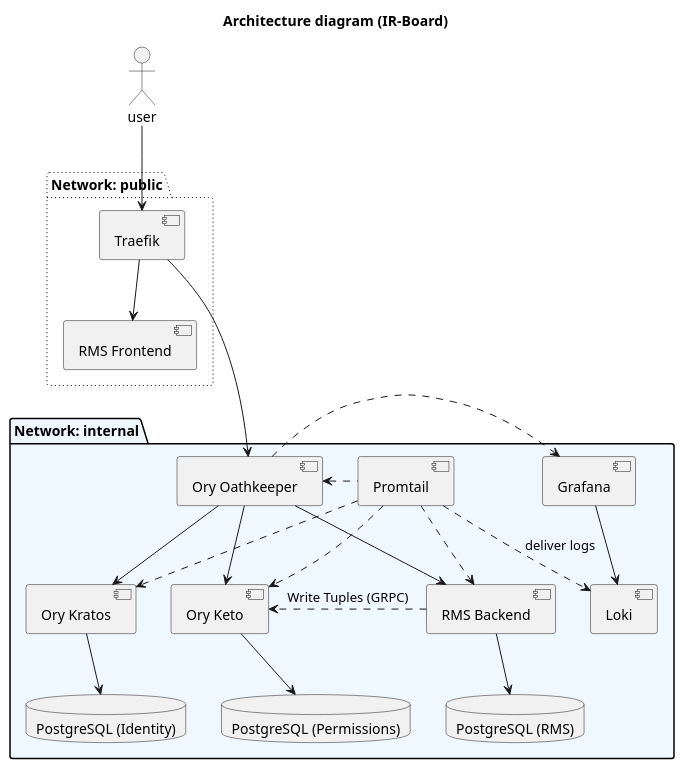
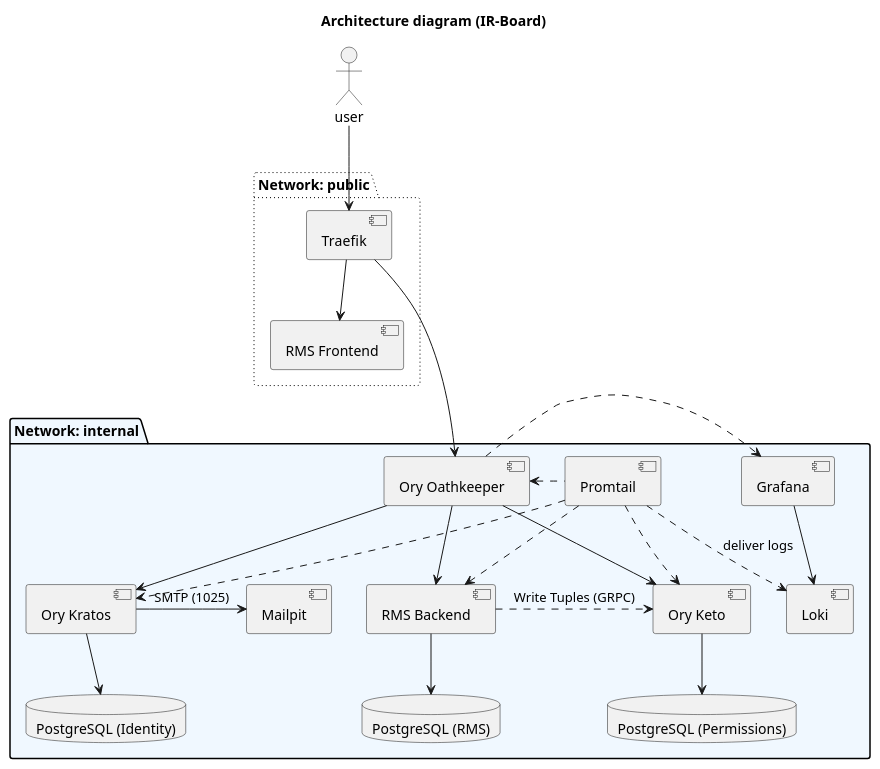
One commit to Y4vra/IRBoard changed the diagram in docs/diagrams/Architecture.puml. Above: the diagram before and after it, drawn with PlantUML. The commit also changed 23 other files, not shown here.

```diff
--- a/docs/diagrams/Architecture.puml
+++ b/docs/diagrams/Architecture.puml
@@ -1,56 +1,60 @@
 @startuml ArchitectureC2
 title Architecture diagram (IR-Board)
 
 actor user
 
 ' Redes (Networks)
 package "Network: public" #line.dotted {
     [RMS Frontend] as front
     [Traefik] as gateway
 }
 
 package "Network: internal" #AliceBlue {
     [Ory Oathkeeper] as proxy
     [Ory Kratos] as kratos
     [Ory Keto] as keto
     [RMS Backend] as backend
     [Loki]
     [Grafana]
     [Promtail]
+    [Mailpit] as mail
     
     database "PostgreSQL (RMS)" as db_rms
     database "PostgreSQL (Identity)" as db_auth
     database "PostgreSQL (Permissions)" as db_perm
 }
 
 ' Conexiones de tráfico
 user -down-> gateway
 gateway -down-> front 
 gateway -down--> proxy 
 
 ' Consultas internas Ory
 proxy -> kratos 
 proxy -left-> keto 
 proxy .> Grafana
 
 ' Paso final al Backend
 proxy -down-> backend
 
+' mailing provisional
+kratos -> mail : SMTP (1025)
+
 ' Persistencia
 backend .> keto : Write Tuples (GRPC)
 
 backend -down-> db_rms
 kratos -down-> db_auth
 keto -down-> db_perm
 
 ' Observabilidad
 
 Grafana --> Loki
 Promtail ..> Loki : deliver logs
 Promtail ..> kratos
 Promtail ..> keto
 Promtail ..> backend
 Promtail .left.> proxy
 
 
 @enduml
```
